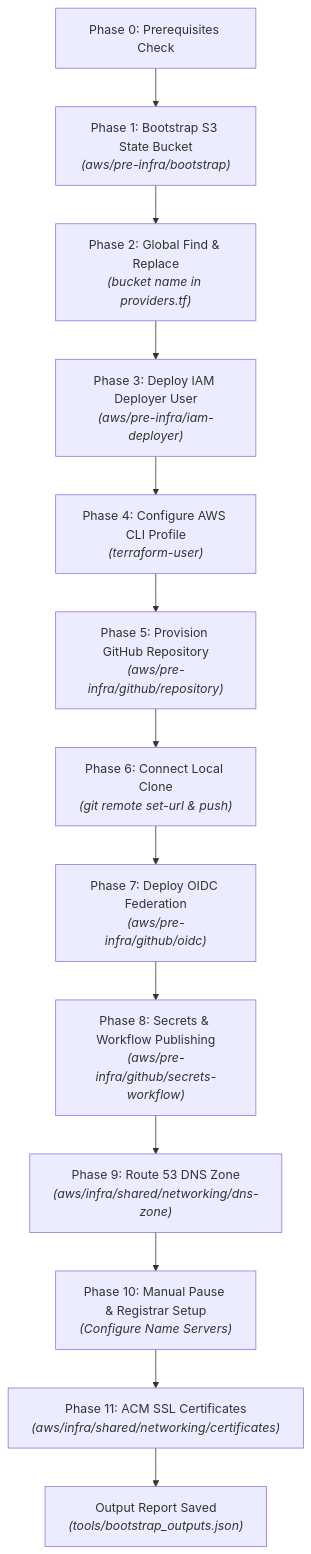
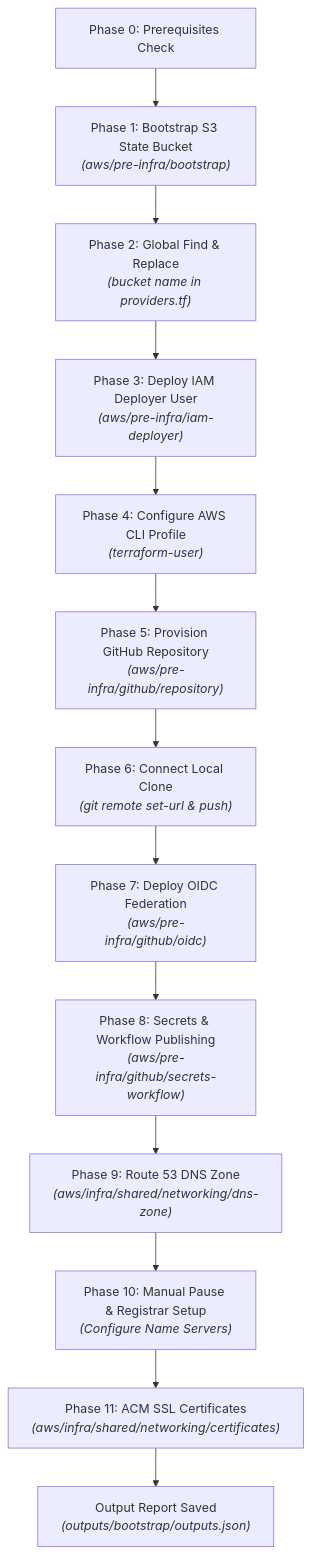
One commit to Beep1608/cleanmybelly changed the diagram in docs/reference/bootstrap_cli.md. Above: the diagram before and after it, drawn with Mermaid. The commit also changed other lines of this file and 55 other files, not shown here.

Commit message:
I've refactor tools and added outputs un root route

````diff
--- a/docs/reference/bootstrap_cli.md
+++ b/docs/reference/bootstrap_cli.md
@@ -47,15 +47,15 @@
 ```mermaid
 graph TD
     P0["Phase 0: Prerequisites Check"] --> P1["Phase 1: Bootstrap S3 State Bucket<br><i>(aws/pre-infra/bootstrap)</i>"]
     P1 --> P2["Phase 2: Global Find & Replace<br><i>(bucket name in providers.tf)</i>"]
     P2 --> P3["Phase 3: Deploy IAM Deployer User<br><i>(aws/pre-infra/iam-deployer)</i>"]
     P3 --> P4["Phase 4: Configure AWS CLI Profile<br><i>(terraform-user)</i>"]
     P4 --> P5["Phase 5: Provision GitHub Repository<br><i>(aws/pre-infra/github/repository)</i>"]
     P5 --> P6["Phase 6: Connect Local Clone<br><i>(git remote set-url & push)</i>"]
     P6 --> P7["Phase 7: Deploy OIDC Federation<br><i>(aws/pre-infra/github/oidc)</i>"]
     P7 --> P8["Phase 8: Secrets & Workflow Publishing<br><i>(aws/pre-infra/github/secrets-workflow)</i>"]
     P8 --> P9["Phase 9: Route 53 DNS Zone<br><i>(aws/infra/shared/networking/dns-zone)</i>"]
     P9 --> PAUSE["Phase 10: Manual Pause & Registrar Setup<br><i>(Configure Name Servers)</i>"]
     PAUSE --> P11["Phase 11: ACM SSL Certificates<br><i>(aws/infra/shared/networking/certificates)</i>"]
-    P11 --> DONE["Output Report Saved<br><i>(tools/bootstrap_outputs.json)</i>"]
+    P11 --> DONE["Output Report Saved<br><i>(outputs/bootstrap/outputs.json)</i>"]
 ```
````
